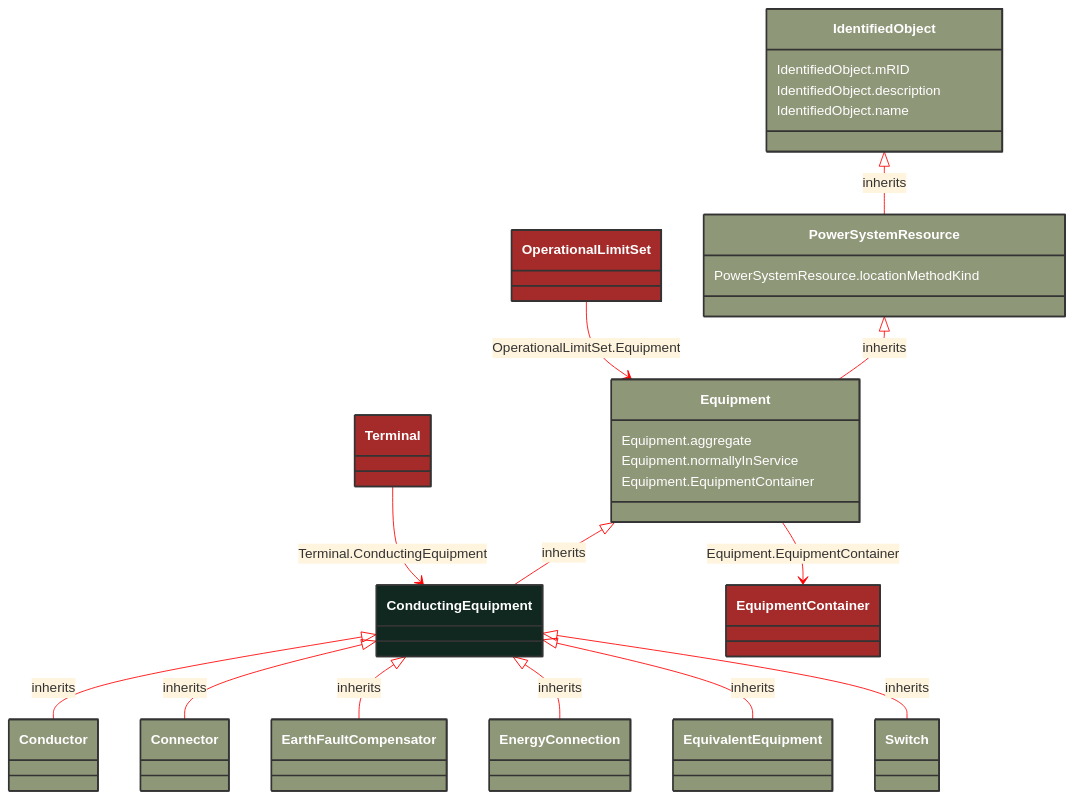
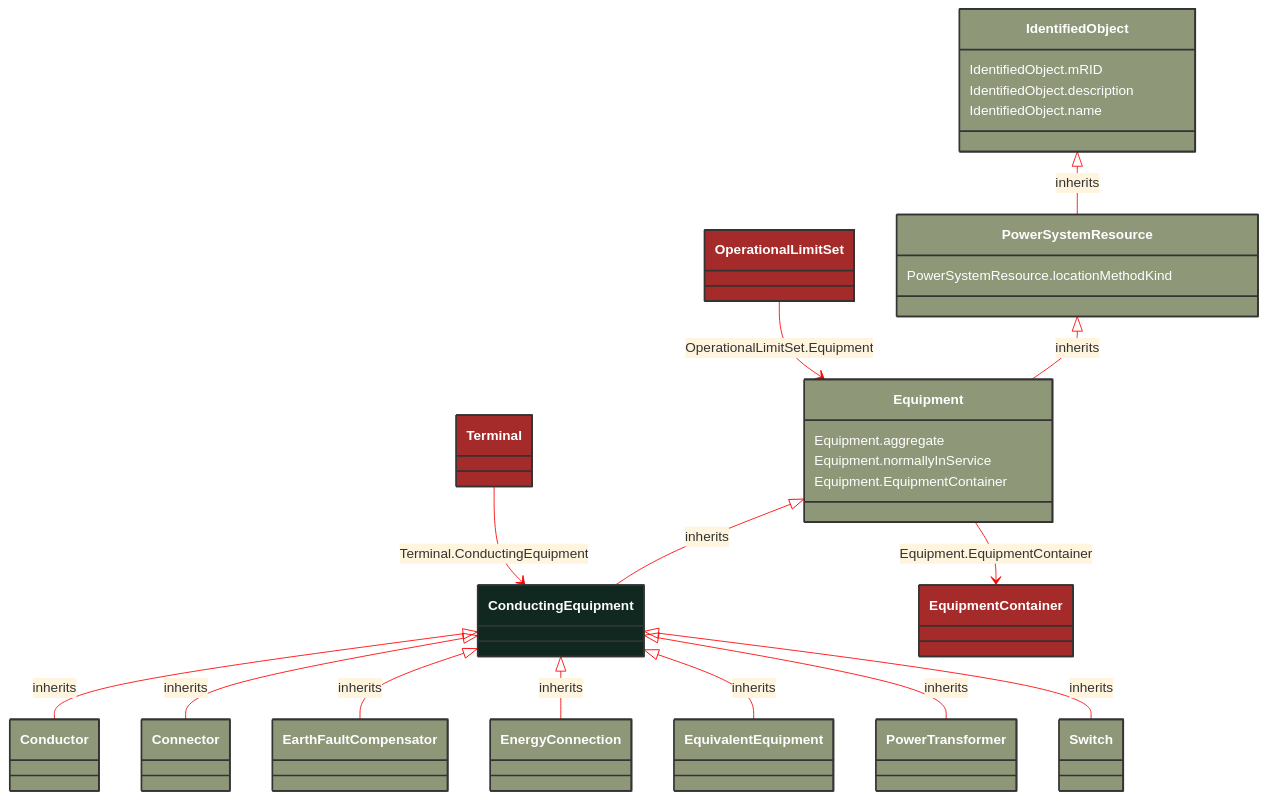
The diagram in docs/Models/Profiles/Telemark-120Equipment/AbstractClasses/ConductingEquipment.md (3lbits/NoCIMExtensions), drawn with Mermaid before and after one commit. The commit also changed 248 other files, not shown here.

```diff
--- a/docs/Models/Profiles/Telemark-120Equipment/AbstractClasses/ConductingEquipment.md
+++ b/docs/Models/Profiles/Telemark-120Equipment/AbstractClasses/ConductingEquipment.md
@@ -44,6 +44,12 @@
             click EquivalentEquipment href "/Models/Profiles/Telemark-120Equipment/AbstractClasses/EquivalentEquipment/"
             style EquivalentEquipment fill:#8F9779,stroke:#333,stroke-width:2px,rx:10,ry:10,color:white
 
+        ConductingEquipment <|-- PowerTransformer : inherits
+
+        PowerTransformer
+            click PowerTransformer href "/Models/Profiles/Telemark-120Equipment/ConcreteClasses/PowerTransformer/"
+            style PowerTransformer fill:#8F9779,stroke:#333,stroke-width:2px,rx:10,ry:10,color:white
+
         ConductingEquipment <|-- Switch : inherits
 
         Switch
@@ -65,7 +71,7 @@
         Equipment --> EquipmentContainer : Equipment.EquipmentContainer
 
         EquipmentContainer
-            click EquipmentContainer href "/Models/Profiles/Telemark-120Equipment/ConcreteClasses/EquipmentContainer/"
+            click EquipmentContainer href "/Models/Profiles/Telemark-120Equipment/AbstractClasses/EquipmentContainer/"
             style EquipmentContainer fill:#A52A2A,stroke:#333,stroke-width:2px,rx:10,ry:10,color:white
 
         OperationalLimitSet --> Equipment : OperationalLimitSet.Equipment
```
